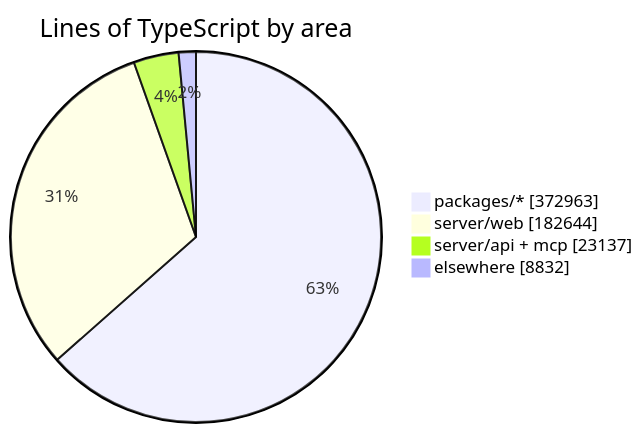
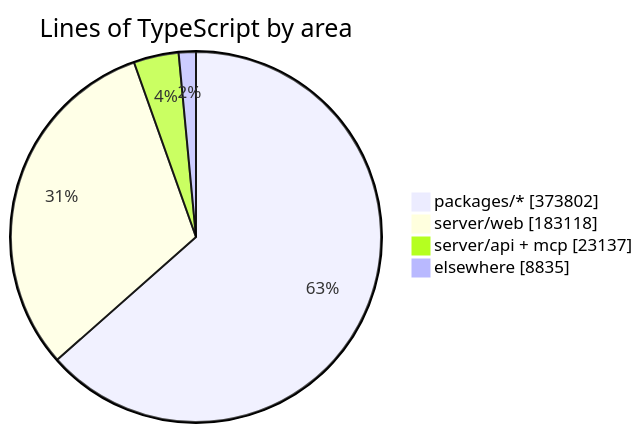
The diagram in README.md (crossworks-engineering/mantle), drawn with Mermaid before and after one commit. The commit also changed other lines of this file and 2 other files, not shown here.

````diff
--- a/README.md
+++ b/README.md
@@ -294,7 +294,7 @@
 ```mermaid
 pie showData title Lines of TypeScript by area
-    "packages/*" : 372963
-    "server/web" : 182644
+    "packages/*" : 373802
+    "server/web" : 183118
     "server/api + mcp" : 23137
-    "elsewhere" : 8832
+    "elsewhere" : 8835
 ```
````
